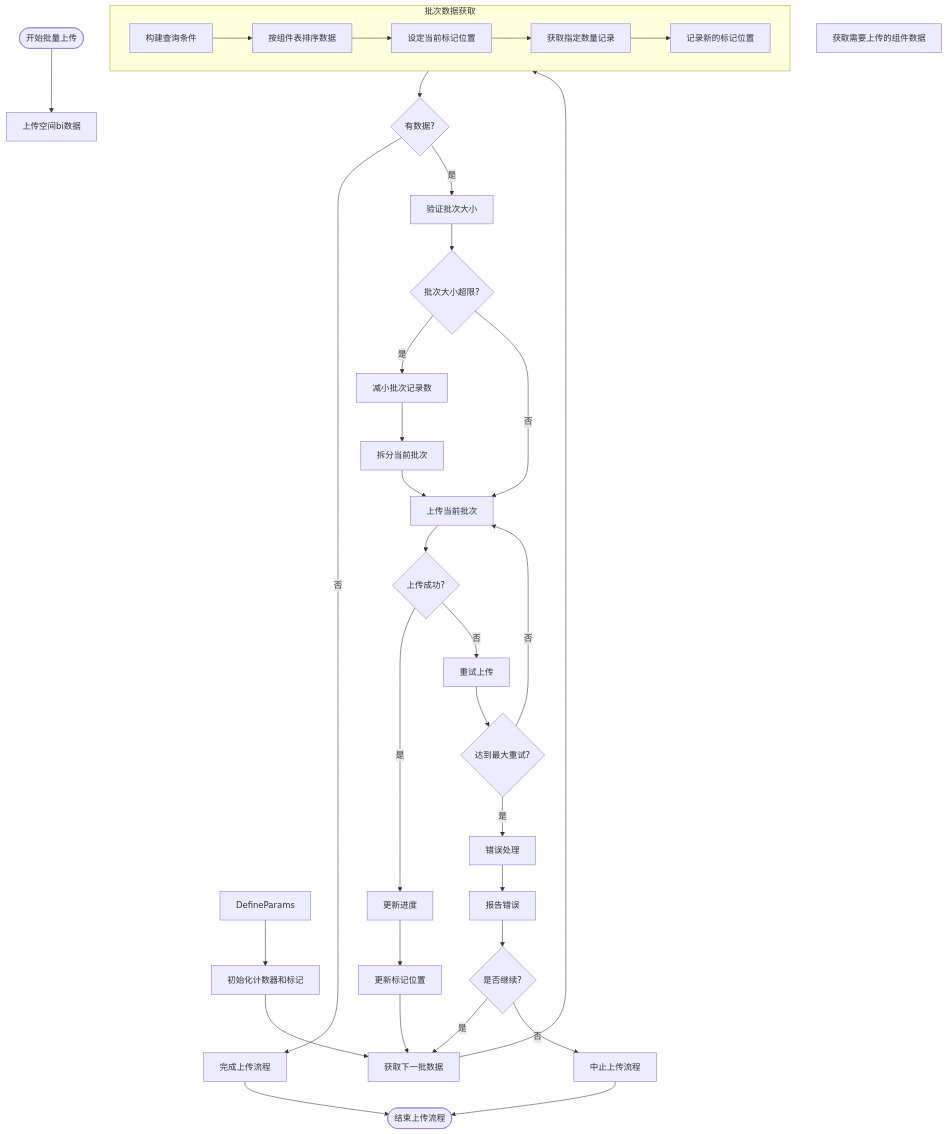
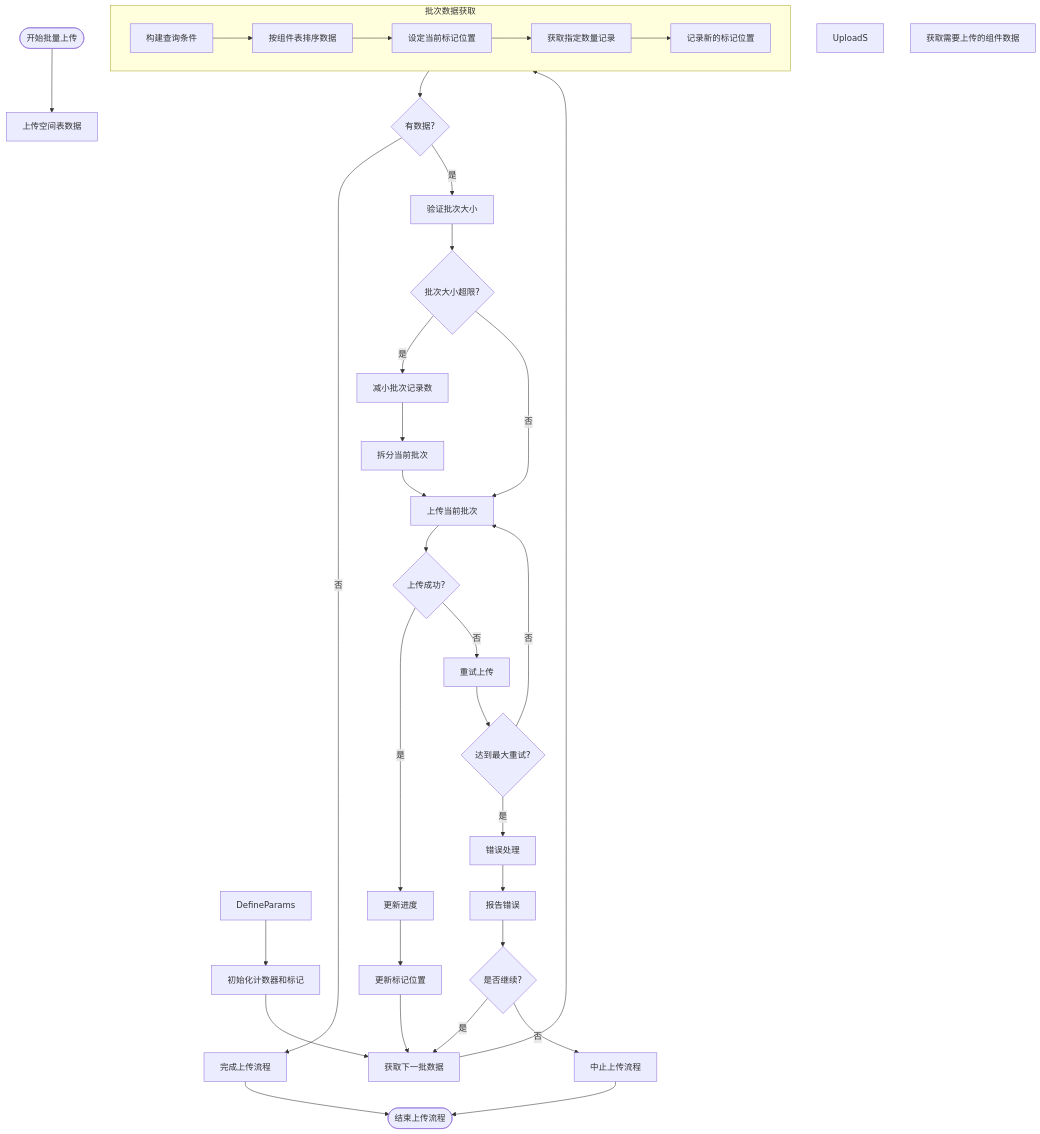
One commit to yingjianzh/iodraw-files changed the diagram in all/未命名-51.md. Above: the diagram before and after it, drawn with Mermaid.

Commit message:
2025-05-08 17:22:46 update

````diff
--- a/all/未命名-51.md
+++ b/all/未命名-51.md
@@ -1,48 +1,49 @@
 ```mermaid
 flowchart TD
-    Start([开始批量上传]) --> UploadSpaceData[上传空间bi数据]
+    Start([开始批量上传]) --> UploadSpaceData[上传空间表数据]
+    UploadS
     
     UploadData[获取需要上传的组件数据]
     DefineParams --> InitCounters[初始化计数器和标记]
     
     InitCounters --> FetchNextBatch[获取下一批数据]
     
     subgraph BatchFetch [批次数据获取]
         A[构建查询条件] --> B[按组件表排序数据]
         B --> C[设定当前标记位置]
         C --> D[获取指定数量记录]
         D --> E[记录新的标记位置]
     end
     
     FetchNextBatch --> BatchFetch
     
     BatchFetch --> CheckResults{有数据?}
     CheckResults -->|否| CompleteUpload[完成上传流程]
     CheckResults -->|是| ValidateBatch[验证批次大小]
     
     ValidateBatch --> SizeTooLarge{批次大小超限?}
     SizeTooLarge -->|是| AdjustBatchSize[减小批次记录数]
     SizeTooLarge -->|否| UploadBatch[上传当前批次]
     
     AdjustBatchSize --> SplitBatch[拆分当前批次]
     SplitBatch --> UploadBatch
     
     UploadBatch --> UploadSuccess{上传成功?}
     UploadSuccess -->|是| UpdateProgress[更新进度]
     UploadSuccess -->|否| RetryUpload[重试上传]
     
     RetryUpload --> MaxRetries{达到最大重试?}
     MaxRetries -->|否| UploadBatch
     MaxRetries -->|是| ErrorHandling[错误处理]
     
     ErrorHandling --> ReportError[报告错误]
     ReportError --> ContinueOption{是否继续?}
     ContinueOption -->|是| FetchNextBatch
     ContinueOption -->|否| AbortProcess[中止上传流程]
     
     UpdateProgress --> UpdateMarker[更新标记位置]
     UpdateMarker --> FetchNextBatch
     
     CompleteUpload --> End([结束上传流程])
     AbortProcess --> End
 ```
````
